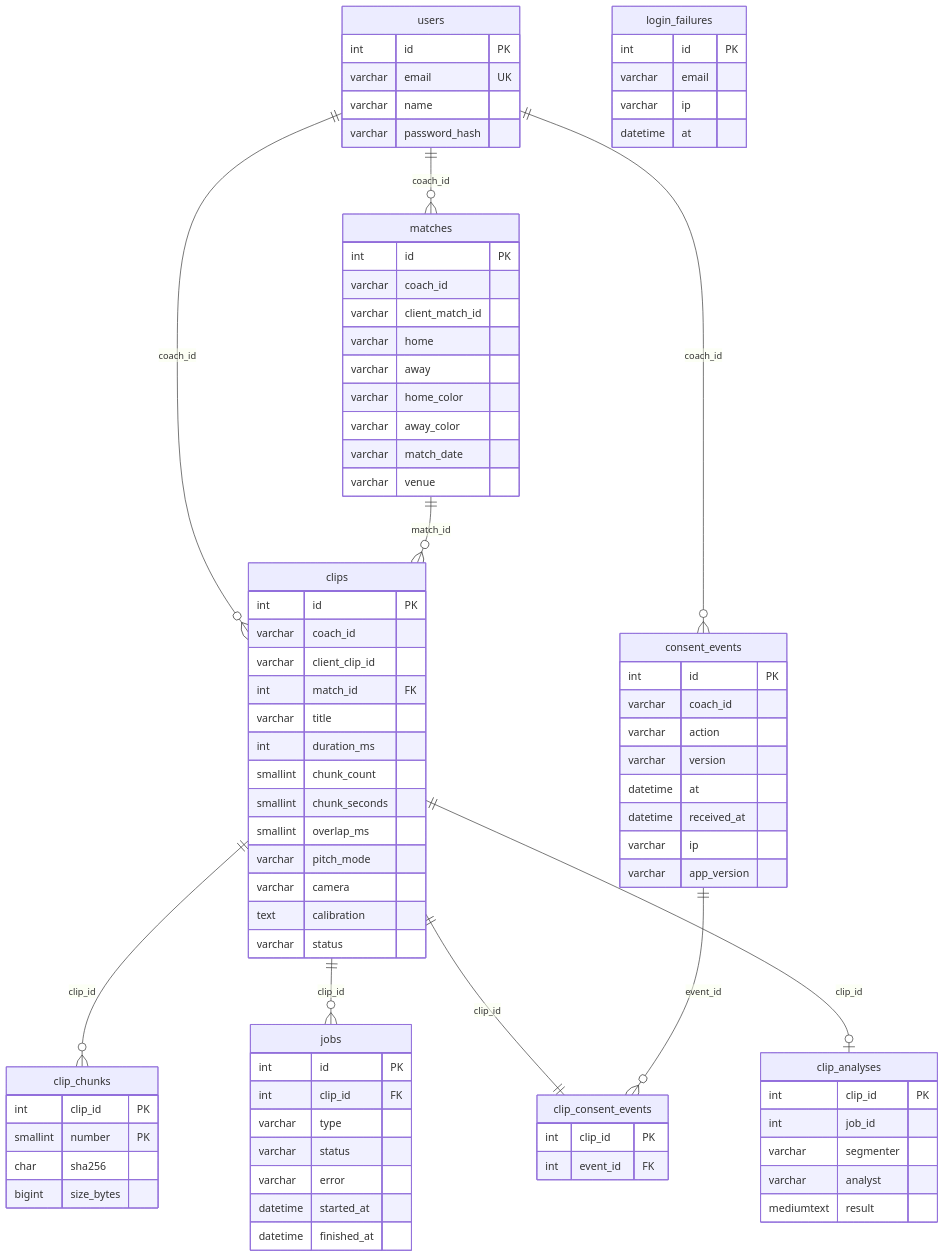
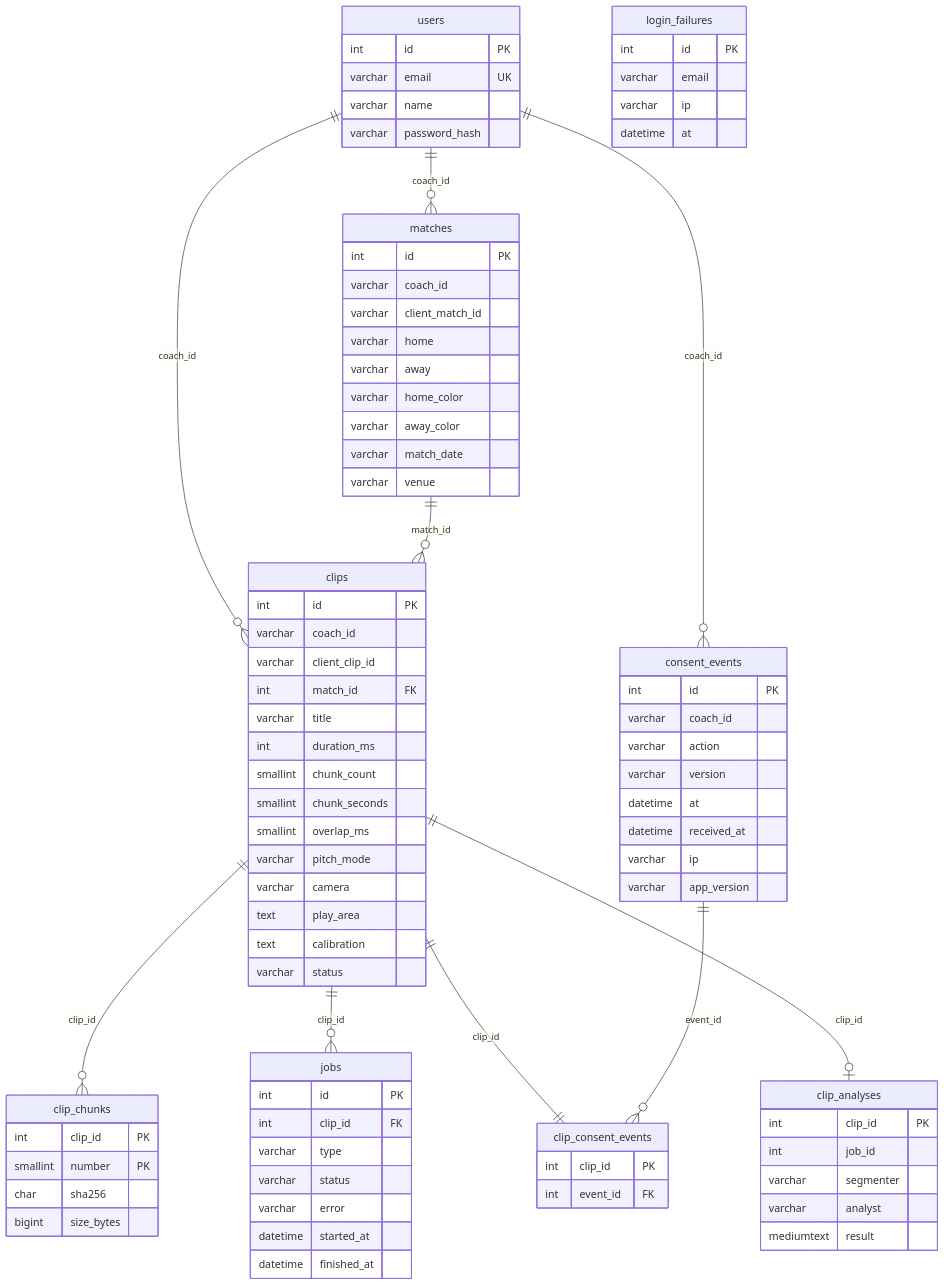
Before and after one commit to pepemxl/meta-ai-hackathon-2026: the second of 3 diagrams in docs/arquitectura/03-api.md, drawn with Mermaid. The commit also changed other lines of this file and 32 other files, not shown here.

```diff
--- a/docs/arquitectura/03-api.md
+++ b/docs/arquitectura/03-api.md
@@ -106,6 +106,7 @@
         smallint overlap_ms
         varchar pitch_mode
         varchar camera
+        text play_area
         text calibration
         varchar status
     }
```
